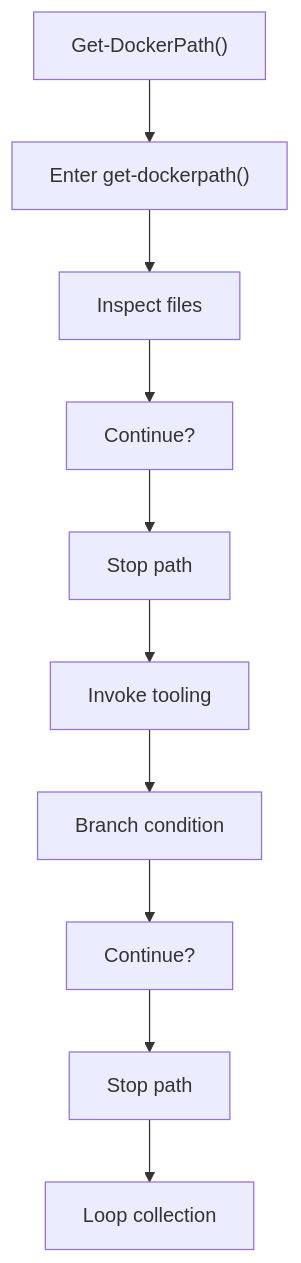
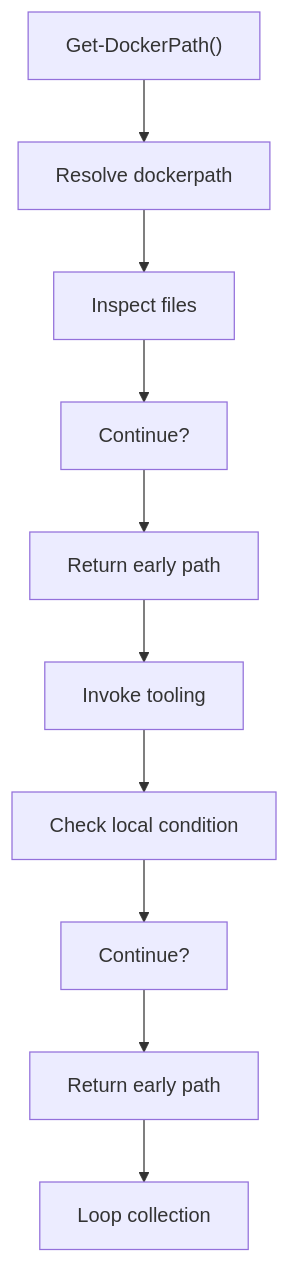
The first of 2 diagrams in docs/Codebase/Infrastructure/session-orchestration/bootstrap_and_deploy/functions/get_dockerpath.ps1.md (JohnAndrewBalbarosa/NeoTerritory), drawn with Mermaid before and after one commit. The commit also changed other lines of this file and 925 other files, not shown here.

````diff
--- a/docs/Codebase/Infrastructure/session-orchestration/bootstrap_and_deploy/functions/get_dockerpath.ps1.md
+++ b/docs/Codebase/Infrastructure/session-orchestration/bootstrap_and_deploy/functions/get_dockerpath.ps1.md
@@ -24,22 +24,22 @@
 ```mermaid
 flowchart TD
     N0["Get-DockerPath()"]
-    N1["Enter get-dockerpath()"]
+    N1["Resolve dockerpath"]
     N2["Inspect files"]
     N3["Continue?"]
-    N4["Stop path"]
+    N4["Return early path"]
     N5["Invoke tooling"]
-    N6["Branch condition"]
+    N6["Check local condition"]
     N7["Continue?"]
-    N8["Stop path"]
+    N8["Return early path"]
     N9["Loop collection"]
     N0 --> N1
     N1 --> N2
     N2 --> N3
     N3 --> N4
     N4 --> N5
     N5 --> N6
     N6 --> N7
     N7 --> N8
     N8 --> N9
 ```
````
